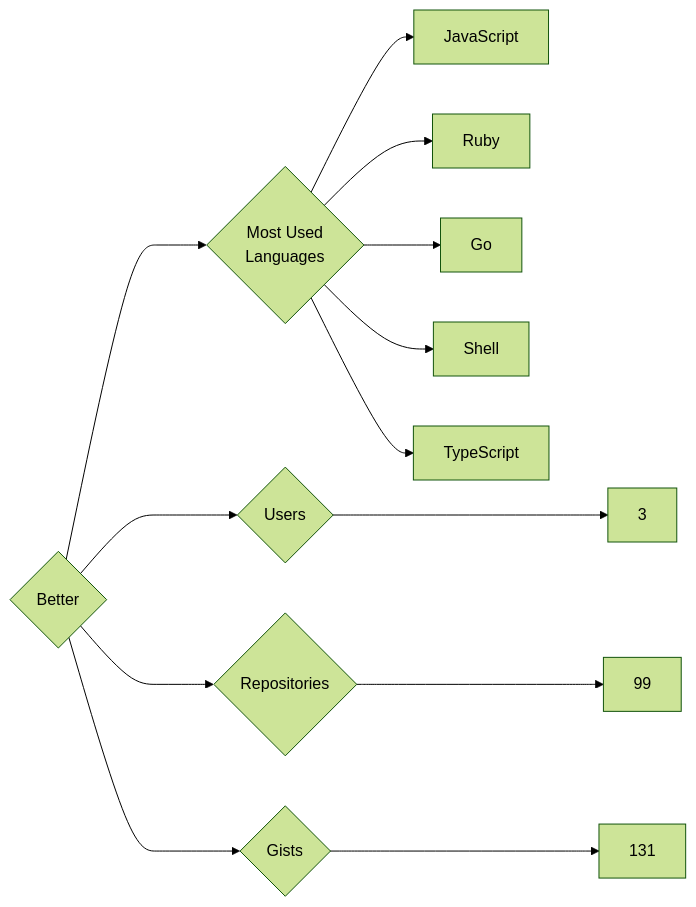
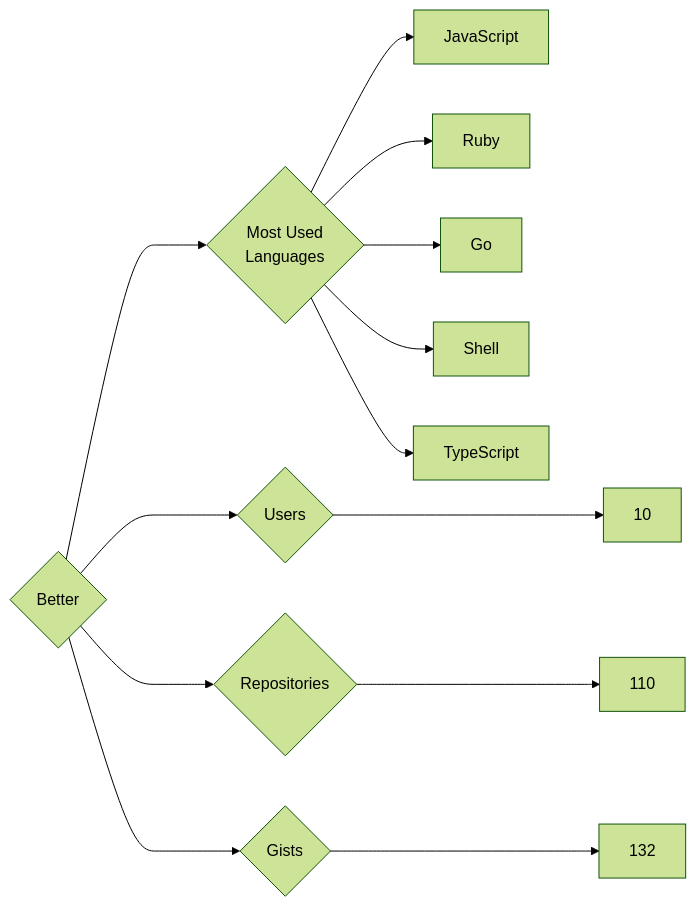
Before and after one commit to trickest/insiders: the diagram in targets/Better/README.md, drawn with Mermaid (forest theme). The commit also changed 823 other files, not shown here.

````diff
--- a/targets/Better/README.md
+++ b/targets/Better/README.md
@@ -3,13 +3,13 @@
 ```mermaid
 graph LR
 COMPANY_NAME{Better}
-COMPANY_NAME ---> U{Users} ---> UN[3]
-COMPANY_NAME ---> R{Repositories} ---> RN[99]
-COMPANY_NAME ---> G{Gists} ---> GN[131]
+COMPANY_NAME ---> U{Users} ---> UN[10]
+COMPANY_NAME ---> R{Repositories} ---> RN[110]
+COMPANY_NAME ---> G{Gists} ---> GN[132]
 COMPANY_NAME ---> ML{Most Used<br>Languages}
 ML --> JavaScript[JavaScript]
 ML --> Ruby[Ruby]
 ML --> Go[Go]
 ML --> Shell[Shell]
 ML --> TypeScript[TypeScript]
 ```
````
